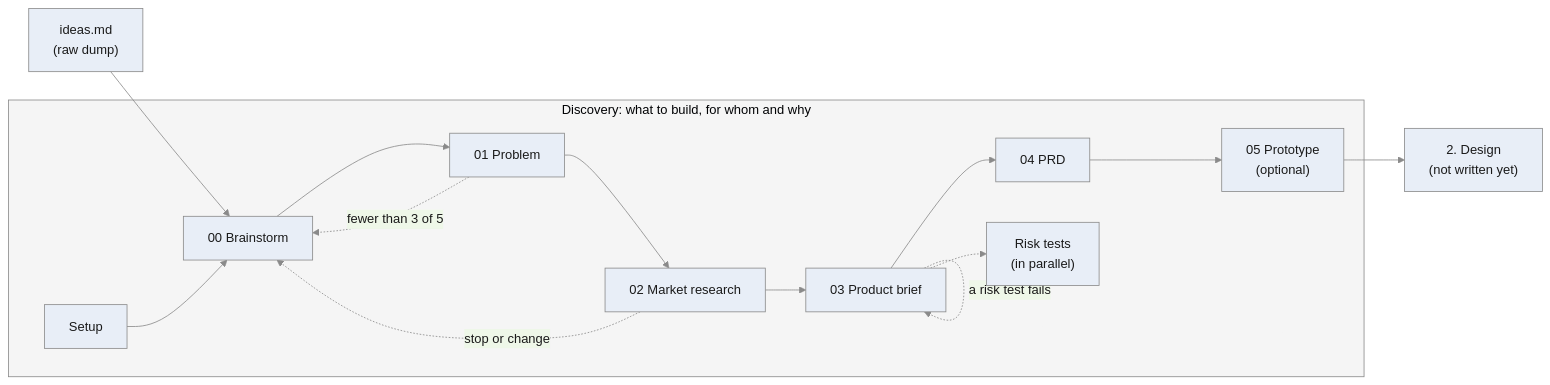
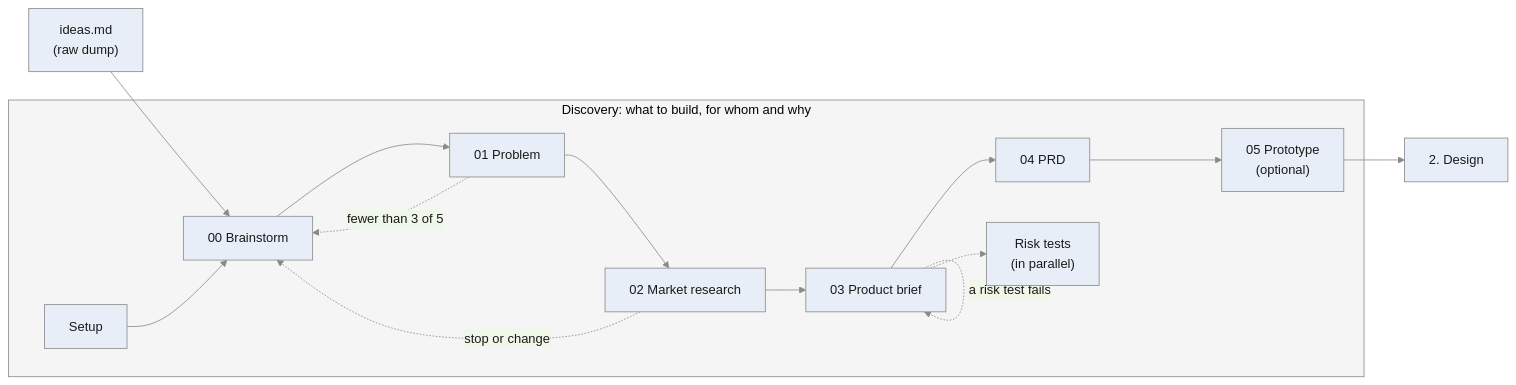
The diagram in FLOWS.md (developedbyflow/ways-of-working), drawn with Mermaid before and after one commit. The commit also changed other lines of this file and 1 other file, not shown here.

Commit message:
feat(system-design): the first Design skill

````diff
--- a/FLOWS.md
+++ b/FLOWS.md
@@ -21,13 +21,13 @@
 ```mermaid
 %%{init: {"theme": "base", "themeVariables": {"primaryColor": "#e8eef7", "primaryTextColor": "#1a1a1a", "primaryBorderColor": "#8a8a8a", "lineColor": "#8a8a8a", "clusterBkg": "#f5f5f5", "clusterBorder": "#8a8a8a"}}}%%
 flowchart LR
   I["ideas.md<br/>(raw dump)"] --> B
   subgraph D["Discovery: what to build, for whom and why"]
     S["Setup"] --> B["00 Brainstorm"] --> P["01 Problem"] --> M["02 Market research"] --> R["03 Product brief"] --> Q["04 PRD"] --> O["05 Prototype<br/>(optional)"]
     R -.-> T["Risk tests<br/>(in parallel)"]
   end
-  O --> X["2. Design<br/>(not written yet)"]
+  O --> X["2. Design"]
   P -. "fewer than 3 of 5" .-> B
   M -. "stop or change" .-> B
   R -. "a risk test fails" .-> R
 ```
````
